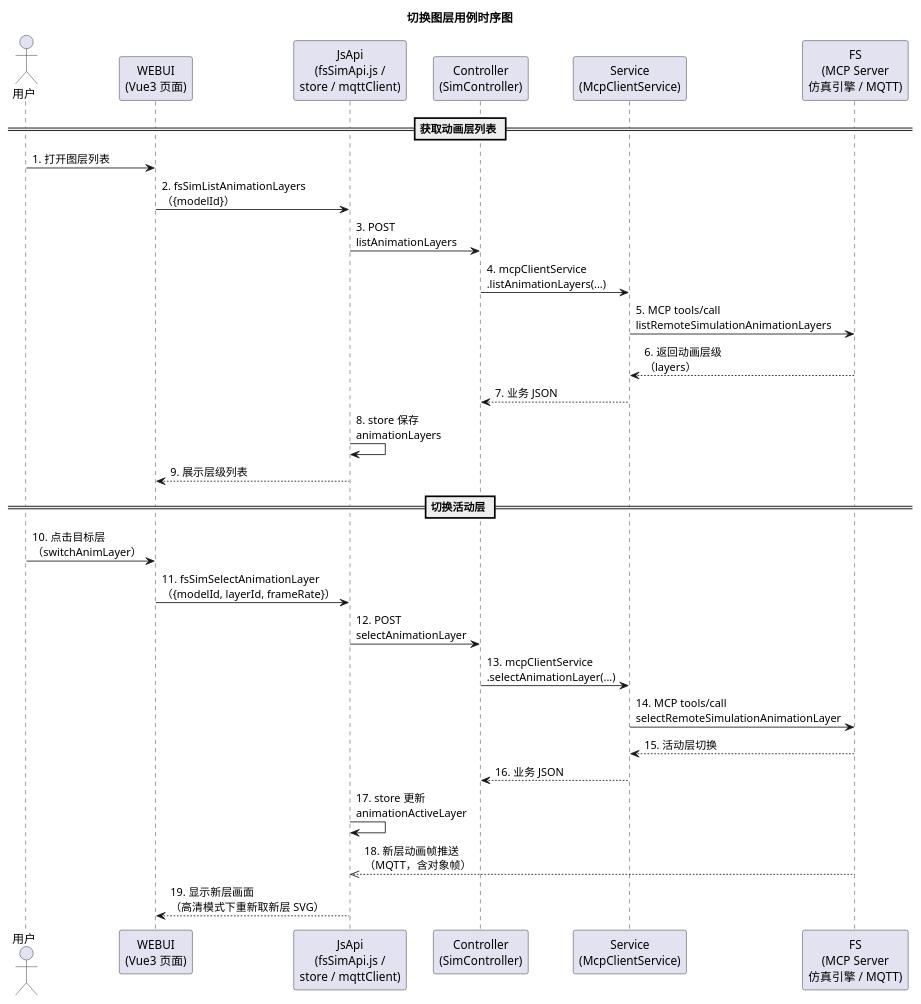
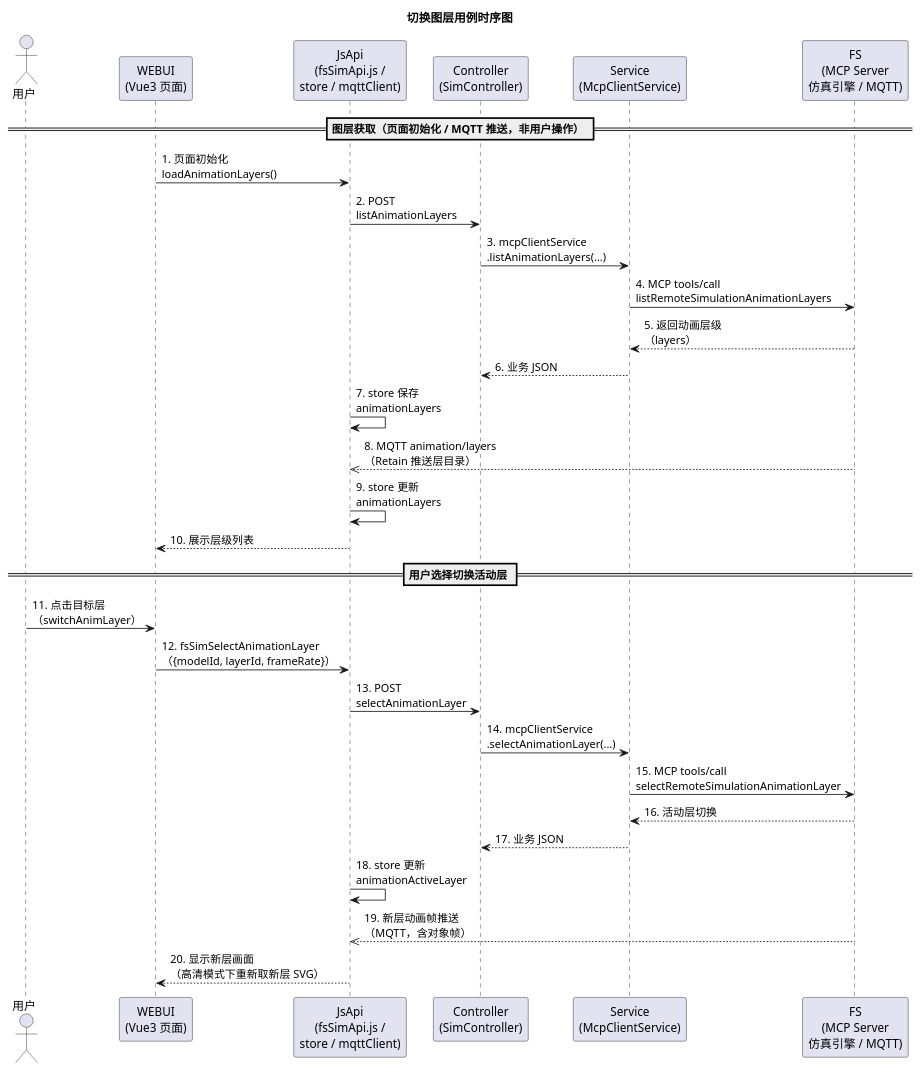
One commit to fengyh/call-fs-mcp changed the diagram in latex-doc/uml/mcp/usecase/switchLayer.wsd. Above: the diagram before and after it, drawn with PlantUML. The commit also changed 2 other files, not shown here.

Commit message:
fix(doc-latex-usecase): 图层是初始化控制页面时自动调用MCP工具获取的，并发用户触发

```diff
--- a/latex-doc/uml/mcp/usecase/switchLayer.wsd
+++ b/latex-doc/uml/mcp/usecase/switchLayer.wsd
@@ -1,36 +1,37 @@
 @startuml
 title 切换图层用例时序图
 
 actor 用户 as USER
 participant "WEBUI\n(Vue3 页面)" as WEBUI
 participant "JsApi\n(fsSimApi.js /\nstore / mqttClient)" as JSApi
 participant "Controller\n(SimController)" as CTRL
 participant "Service\n(McpClientService)" as SVC
 participant "FS\n(MCP Server\n仿真引擎 / MQTT)" as FS
 
-== 获取动画层列表 ==
+== 图层获取（页面初始化 / MQTT 推送，非用户操作） ==
 
-USER -> WEBUI : 1. 打开图层列表
-WEBUI -> JSApi : 2. fsSimListAnimationLayers\n（{modelId}）
-JSApi -> CTRL : 3. POST\nlistAnimationLayers
-CTRL -> SVC : 4. mcpClientService\n.listAnimationLayers(...)
-SVC -> FS : 5. MCP tools/call\nlistRemoteSimulationAnimationLayers
-FS --> SVC : 6. 返回动画层级\n（layers）
-SVC --> CTRL : 7. 业务 JSON
-JSApi -> JSApi : 8. store 保存\nanimationLayers
-JSApi --> WEBUI : 9. 展示层级列表
+WEBUI -> JSApi : 1. 页面初始化\nloadAnimationLayers()
+JSApi -> CTRL : 2. POST\nlistAnimationLayers
+CTRL -> SVC : 3. mcpClientService\n.listAnimationLayers(...)
+SVC -> FS : 4. MCP tools/call\nlistRemoteSimulationAnimationLayers
+FS --> SVC : 5. 返回动画层级\n（layers）
+SVC --> CTRL : 6. 业务 JSON
+JSApi -> JSApi : 7. store 保存\nanimationLayers
+FS -->> JSApi : 8. MQTT animation/layers\n（Retain 推送层目录）
+JSApi -> JSApi : 9. store 更新\nanimationLayers
+JSApi --> WEBUI : 10. 展示层级列表
 
-== 切换活动层 ==
+== 用户选择切换活动层 ==
 
-USER -> WEBUI : 10. 点击目标层\n（switchAnimLayer）
-WEBUI -> JSApi : 11. fsSimSelectAnimationLayer\n（{modelId, layerId, frameRate}）
-JSApi -> CTRL : 12. POST\nselectAnimationLayer
-CTRL -> SVC : 13. mcpClientService\n.selectAnimationLayer(...)
-SVC -> FS : 14. MCP tools/call\nselectRemoteSimulationAnimationLayer
-FS --> SVC : 15. 活动层切换
-SVC --> CTRL : 16. 业务 JSON
-JSApi -> JSApi : 17. store 更新\nanimationActiveLayer
-FS -->> JSApi : 18. 新层动画帧推送\n（MQTT，含对象帧）
-JSApi --> WEBUI : 19. 显示新层画面\n（高清模式下重新取新层 SVG）
+USER -> WEBUI : 11. 点击目标层\n（switchAnimLayer）
+WEBUI -> JSApi : 12. fsSimSelectAnimationLayer\n（{modelId, layerId, frameRate}）
+JSApi -> CTRL : 13. POST\nselectAnimationLayer
+CTRL -> SVC : 14. mcpClientService\n.selectAnimationLayer(...)
+SVC -> FS : 15. MCP tools/call\nselectRemoteSimulationAnimationLayer
+FS --> SVC : 16. 活动层切换
+SVC --> CTRL : 17. 业务 JSON
+JSApi -> JSApi : 18. store 更新\nanimationActiveLayer
+FS -->> JSApi : 19. 新层动画帧推送\n（MQTT，含对象帧）
+JSApi --> WEBUI : 20. 显示新层画面\n（高清模式下重新取新层 SVG）
 
 @enduml
```
